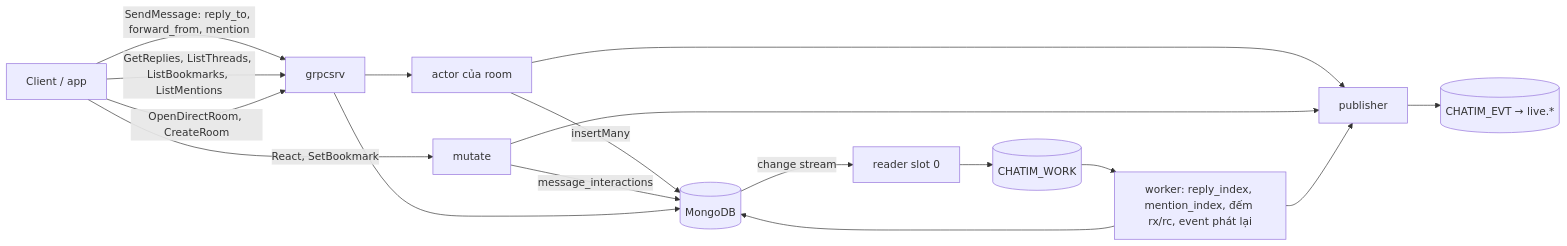
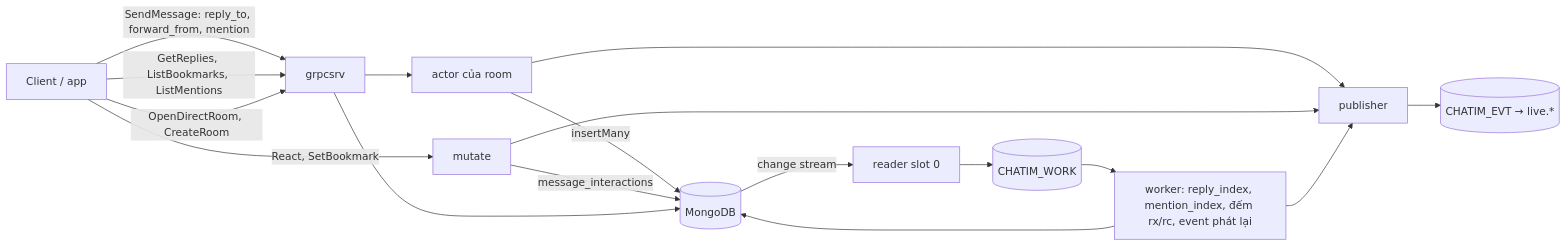
One commit to ivannguyendev/chatim changed the first of 5 diagrams in docs/plans/2026-10-10-m2c-threads-mentions-summary.md. Above: the diagram before and after it, drawn with Mermaid. The commit also changed other lines of this file and 2 other files, not shown here.

````diff
--- a/docs/plans/2026-10-10-m2c-threads-mentions-summary.md
+++ b/docs/plans/2026-10-10-m2c-threads-mentions-summary.md
@@ -42,19 +42,19 @@
 ```mermaid
 flowchart LR
   C[Client / app] -->|SendMessage: reply_to, forward_from, mention| G[grpcsrv]
   C -->|React, SetBookmark| MU[mutate]
-  C -->|GetReplies, ListThreads, ListBookmarks, ListMentions| G
+  C -->|GetReplies, ListBookmarks, ListMentions| G
   C -->|OpenDirectRoom, CreateRoom| G
   G --> A[actor của room]
   A -->|insertMany| M[(MongoDB)]
   MU -->|message_interactions| M
   G --> M
   A --> P[publisher]
   MU --> P
   M -->|change stream| R[reader slot 0]
   R --> W[(CHATIM_WORK)]
   W --> WK[worker: reply_index, mention_index, đếm rx/rc, event phát lại]
   WK --> M
   WK --> P
   P --> E[(CHATIM_EVT → live.*)]
 ```
````
